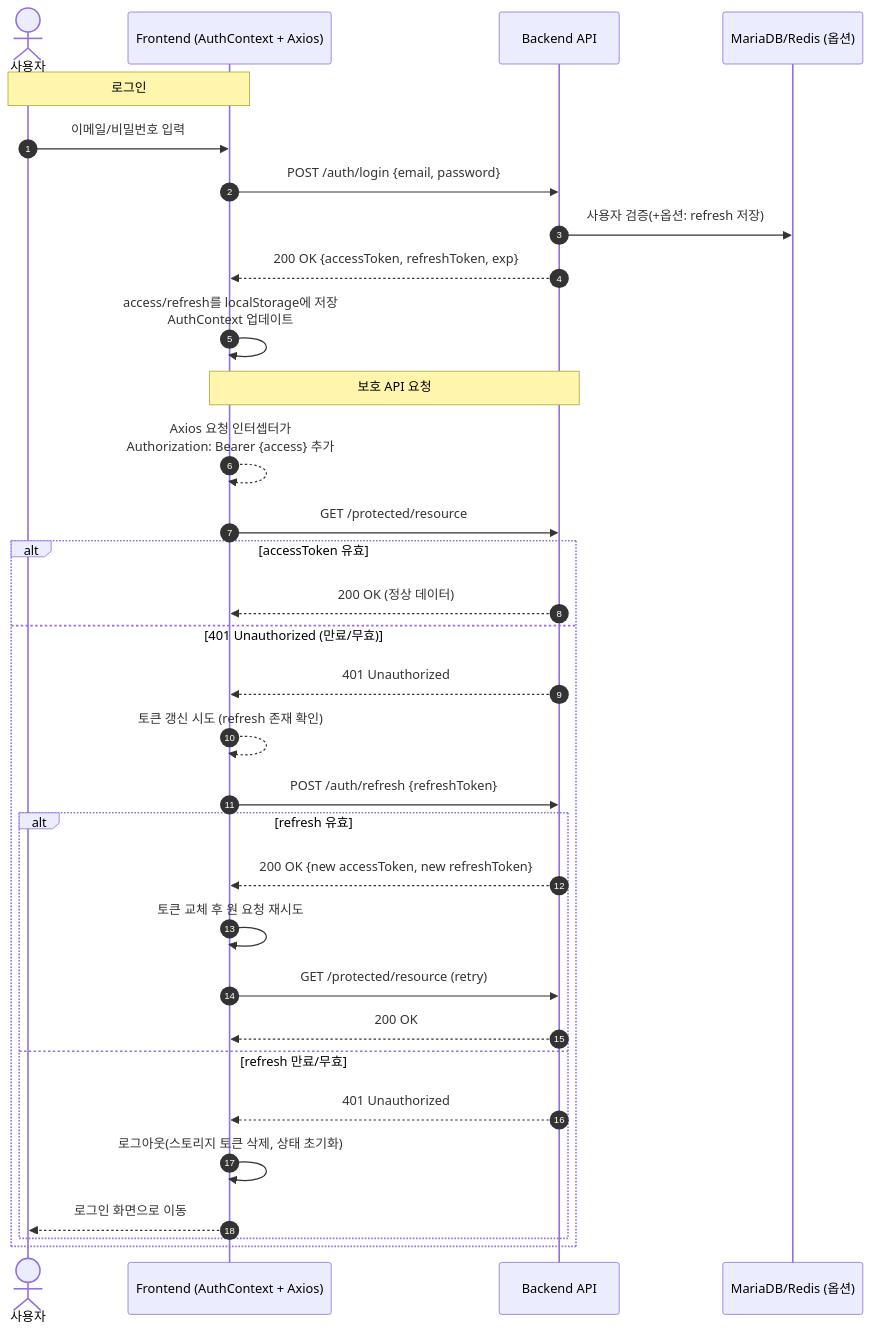
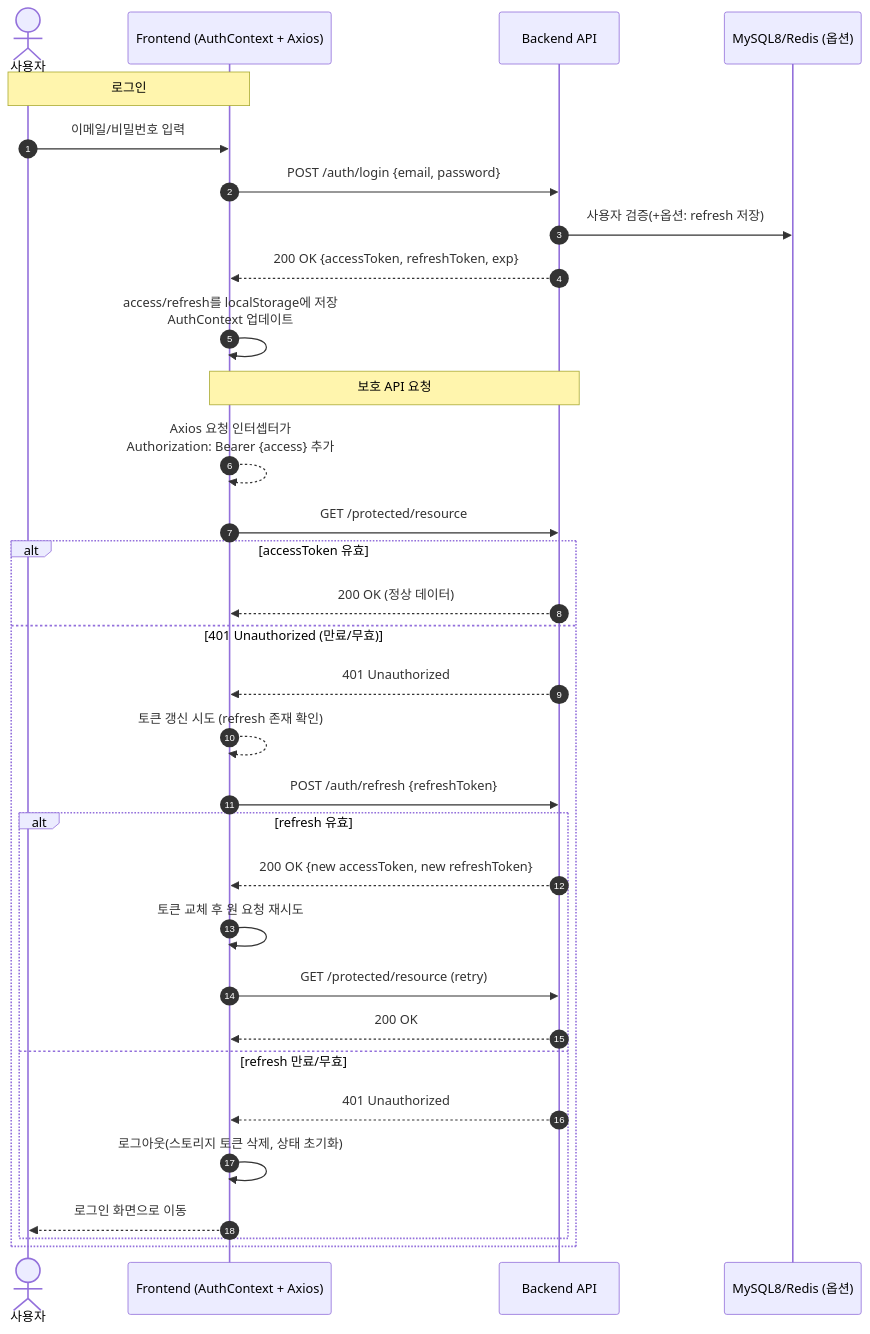
One commit to qjatn4793/chatting changed the first of 6 diagrams in README.md. Above: the diagram before and after it, drawn with Mermaid. The commit also changed other lines of this file, not shown here.

First line of the commit message:
Replace MariaDB references with MySQL 8

````diff
--- a/README.md
+++ b/README.md
@@ -122,36 +122,36 @@
 ```mermaid
 sequenceDiagram
     autonumber
     actor U as 사용자
     participant FE as Frontend (AuthContext + Axios)
     participant API as Backend API
-    participant DB as MariaDB/Redis (옵션)
+    participant DB as MySQL8/Redis (옵션)
     
     Note over U,FE: 로그인
     U->>FE: 이메일/비밀번호 입력
     FE->>API: POST /auth/login {email, password}
     API->>DB: 사용자 검증(+옵션: refresh 저장)
     API-->>FE: 200 OK {accessToken, refreshToken, exp}
     FE->>FE: access/refresh를 localStorage에 저장<br/>AuthContext 업데이트
 
     Note over FE,API: 보호 API 요청
     FE-->>FE: Axios 요청 인터셉터가<br/>Authorization: Bearer {access} 추가
     FE->>API: GET /protected/resource
     alt accessToken 유효
         API-->>FE: 200 OK (정상 데이터)
     else 401 Unauthorized (만료/무효)
         API-->>FE: 401 Unauthorized
         FE-->>FE: 토큰 갱신 시도 (refresh 존재 확인)
         FE->>API: POST /auth/refresh {refreshToken}
         alt refresh 유효
             API-->>FE: 200 OK {new accessToken, new refreshToken}
             FE->>FE: 토큰 교체 후 원 요청 재시도
             FE->>API: GET /protected/resource (retry)
             API-->>FE: 200 OK
         else refresh 만료/무효
             API-->>FE: 401 Unauthorized
             FE->>FE: 로그아웃(스토리지 토큰 삭제, 상태 초기화)
             FE-->>U: 로그인 화면으로 이동
         end
     end
 ```
````
